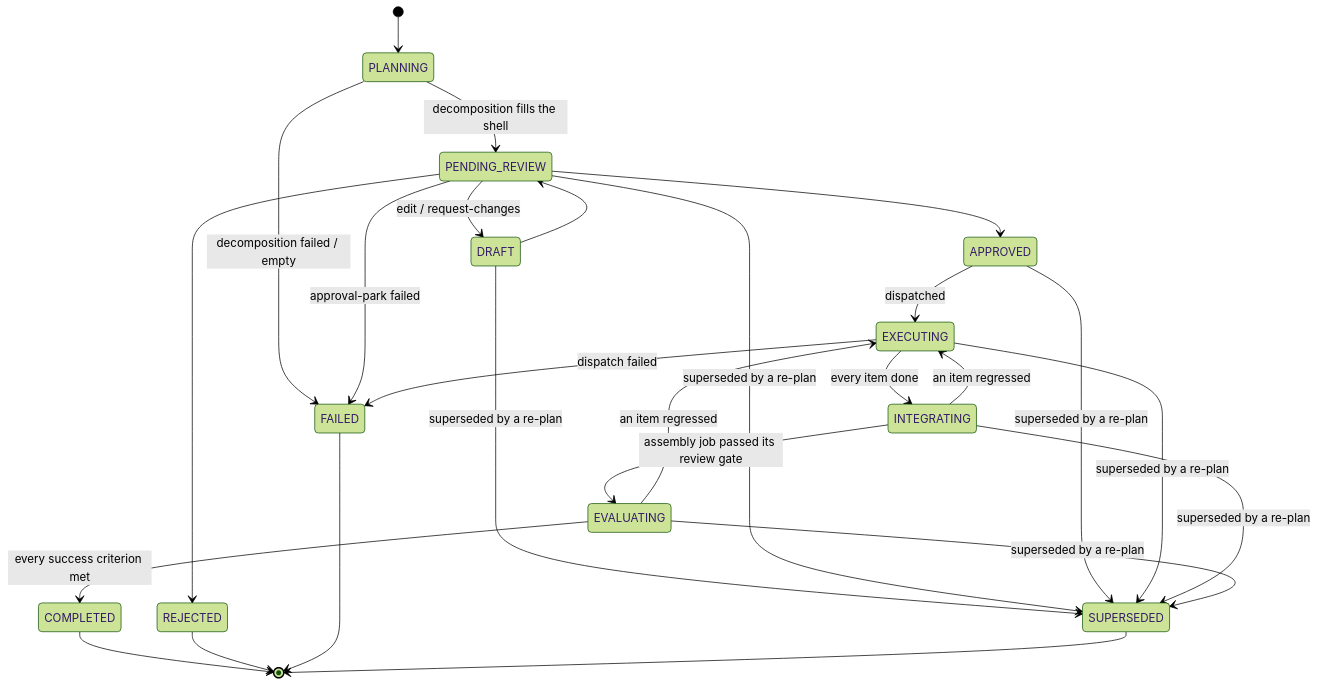
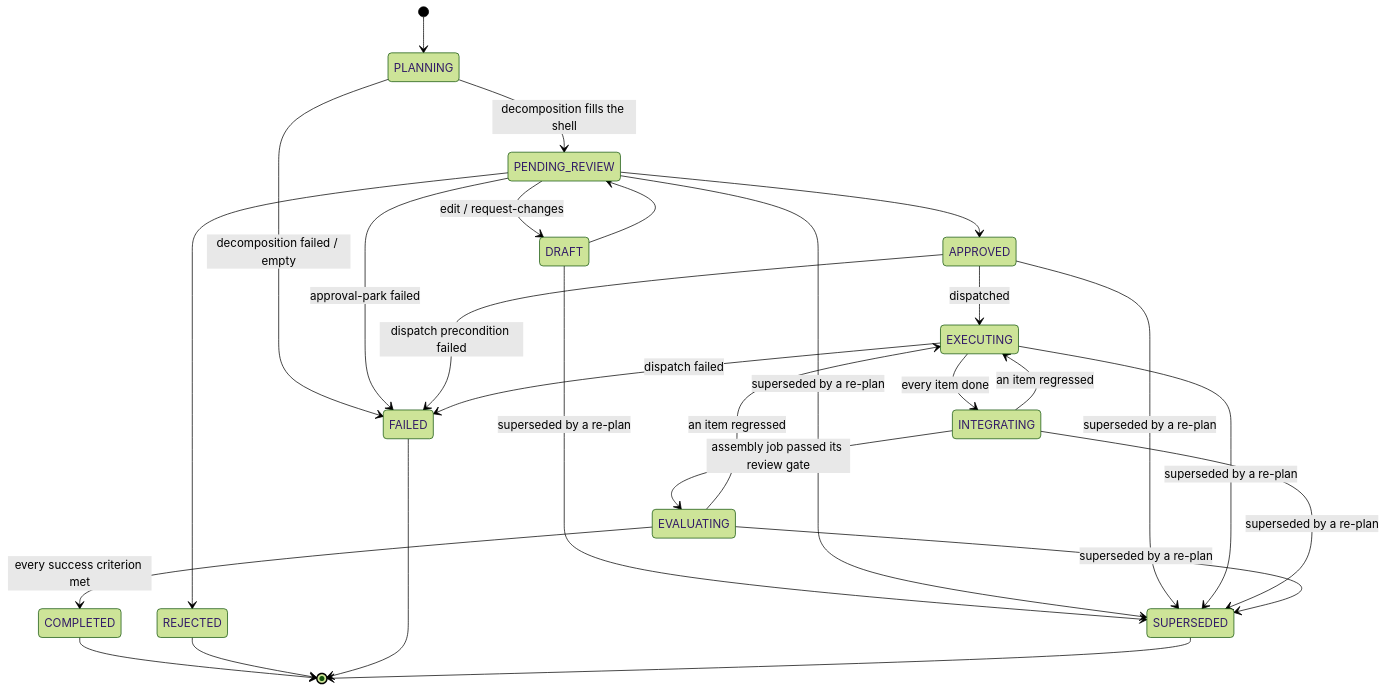
Before and after one commit to Aureliolo/synthorg: the diagram in docs/design/plan-review.md, drawn with Mermaid (forest theme). The commit also changed other lines of this file and 8 other files, not shown here.

````diff
--- a/docs/design/plan-review.md
+++ b/docs/design/plan-review.md
@@ -77,28 +77,29 @@
 ```mermaid
 stateDiagram-v2
     [*] --> PLANNING
     PLANNING --> PENDING_REVIEW: decomposition fills the shell
     PLANNING --> FAILED: decomposition failed / empty
     DRAFT --> PENDING_REVIEW
     PENDING_REVIEW --> APPROVED
     PENDING_REVIEW --> REJECTED
     PENDING_REVIEW --> FAILED: approval-park failed
     PENDING_REVIEW --> DRAFT: edit / request-changes
     DRAFT --> SUPERSEDED: superseded by a re-plan
     PENDING_REVIEW --> SUPERSEDED: superseded by a re-plan
     APPROVED --> EXECUTING: dispatched
+    APPROVED --> FAILED: dispatch precondition failed
     APPROVED --> SUPERSEDED: superseded by a re-plan
     EXECUTING --> INTEGRATING: every item done
     EXECUTING --> FAILED: dispatch failed
     EXECUTING --> SUPERSEDED: superseded by a re-plan
     INTEGRATING --> EVALUATING: assembly job passed its review gate
     INTEGRATING --> EXECUTING: an item regressed
     INTEGRATING --> SUPERSEDED: superseded by a re-plan
     EVALUATING --> COMPLETED: every success criterion met
     EVALUATING --> EXECUTING: an item regressed
     EVALUATING --> SUPERSEDED: superseded by a re-plan
     COMPLETED --> [*]
     REJECTED --> [*]
     FAILED --> [*]
     SUPERSEDED --> [*]
 ```
````
